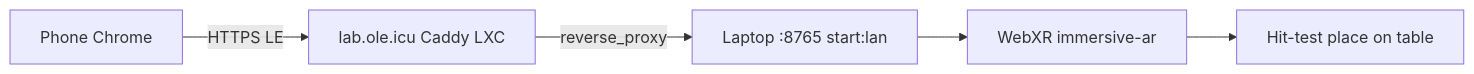
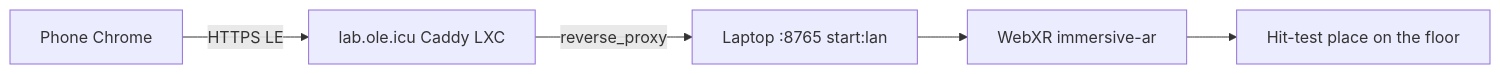
One commit to PiMaV/DONNER changed diagram 29 of 30 in architecture.md. Above: the diagram before and after it, drawn with Mermaid. The commit also changed other lines of this file and 28 other files, not shown here.

````diff
--- a/architecture.md
+++ b/architecture.md
@@ -1066,10 +1069,10 @@
 ```mermaid
 flowchart LR
   phone[Phone Chrome]
   lab[lab.ole.icu Caddy LXC]
   laptop["Laptop :8765 start:lan"]
   phone -->|HTTPS LE| lab
   lab -->|reverse_proxy| laptop
   laptop --> xr[WebXR immersive-ar]
-  xr --> vol[Hit-test place on table]
+  xr --> vol[Hit-test place on the floor]
 ```
````
